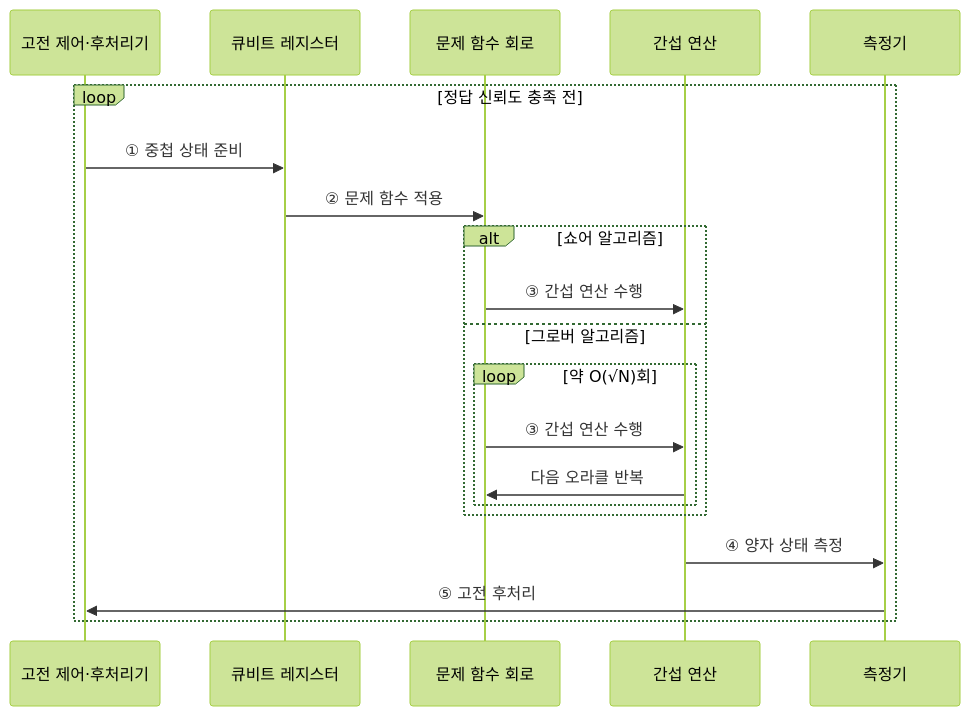
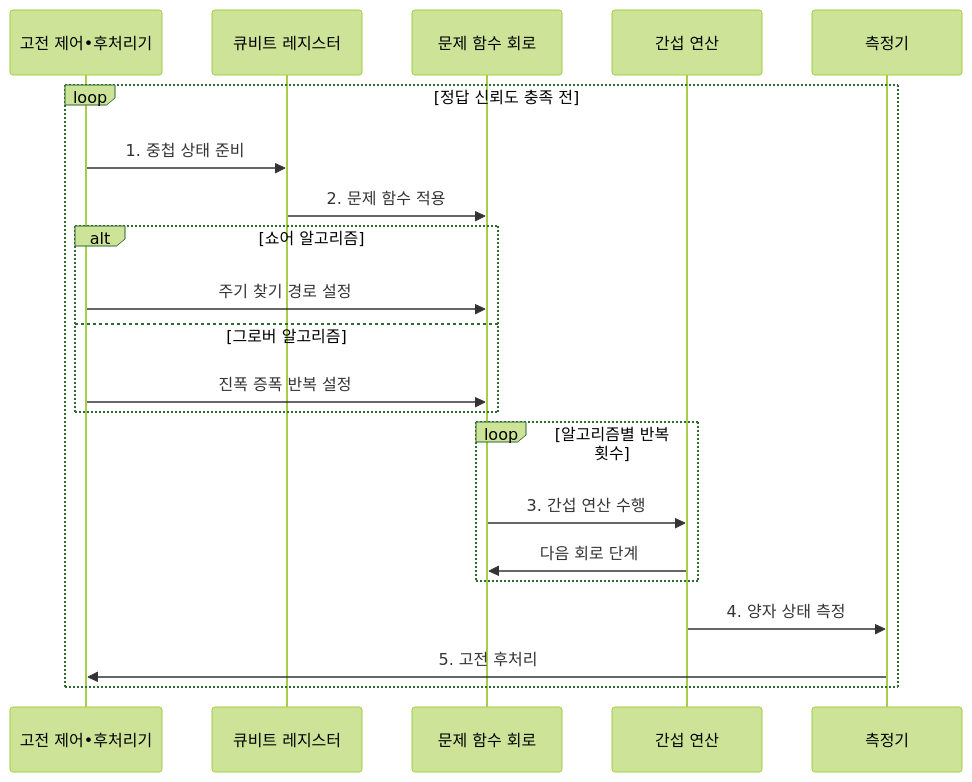
One commit to agnusdei1207/knowledge-base changed the third of 3 diagrams in src/content/docs/notes/01-basic-theory/062_quantum_algo_shor_grover.md. Above: the diagram before and after it, drawn with Mermaid (forest theme). The commit also changed other lines of this file and 20 other files, not shown here.

````diff
--- a/src/content/docs/notes/01-basic-theory/062_quantum_algo_shor_grover.md
+++ b/src/content/docs/notes/01-basic-theory/062_quantum_algo_shor_grover.md
@@ -98,22 +108,23 @@
 ```mermaid
 sequenceDiagram
-    participant C as 고전 제어·후처리기
+    participant C as 고전 제어•후처리기
     participant R as 큐비트 레지스터
     participant F as 문제 함수 회로
     participant I as 간섭 연산
     participant M as 측정기
     loop 정답 신뢰도 충족 전
-        C->>R: ① 중첩 상태 준비
-        R->>F: ② 문제 함수 적용
+        C->>R: 1. 중첩 상태 준비
+        R->>F: 2. 문제 함수 적용
         alt 쇼어 알고리즘
-            F->>I: ③ 간섭 연산 수행
+            C->>F: 주기 찾기 경로 설정
         else 그로버 알고리즘
-            loop 약 O(√N)회
-                F->>I: ③ 간섭 연산 수행
-                I->>F: 다음 오라클 반복
-            end
+            C->>F: 진폭 증폭 반복 설정
         end
-        I->>M: ④ 양자 상태 측정
-        M->>C: ⑤ 고전 후처리
+        loop 알고리즘별 반복 횟수
+            F->>I: 3. 간섭 연산 수행
+            I->>F: 다음 회로 단계
+        end
+        I->>M: 4. 양자 상태 측정
+        M->>C: 5. 고전 후처리
     end
 ```
````
